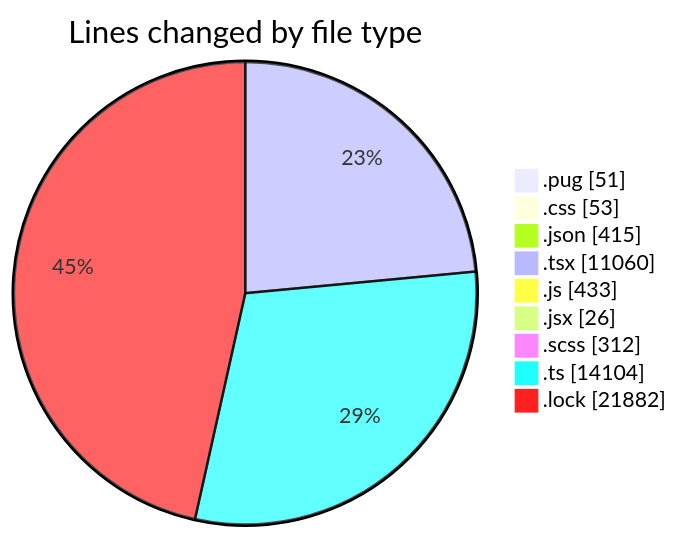
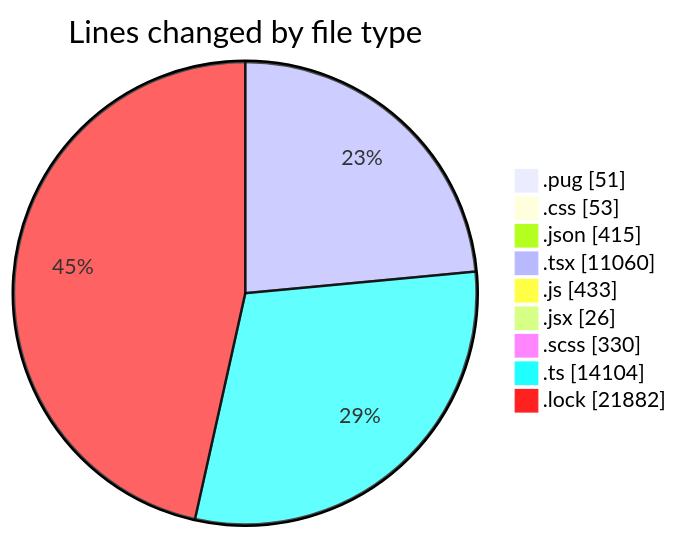
The first of 2 diagrams in 2025-11-06/cda/README.md (momahboobian/code-tracking), drawn with Mermaid before and after one commit. The commit also changed other lines of this file and 1 other file, not shown here.

````diff
--- a/2025-11-06/cda/README.md
+++ b/2025-11-06/cda/README.md
@@ -52,13 +52,13 @@
 ```mermaid
 pie showData
 title Lines changed by file type
 ".pug" : 51
 ".css" : 53
 ".json" : 415
 ".tsx" : 11060
 ".js" : 433
 ".jsx" : 26
-".scss" : 312
+".scss" : 330
 ".ts" : 14104
 ".lock" : 21882
 ```
````
